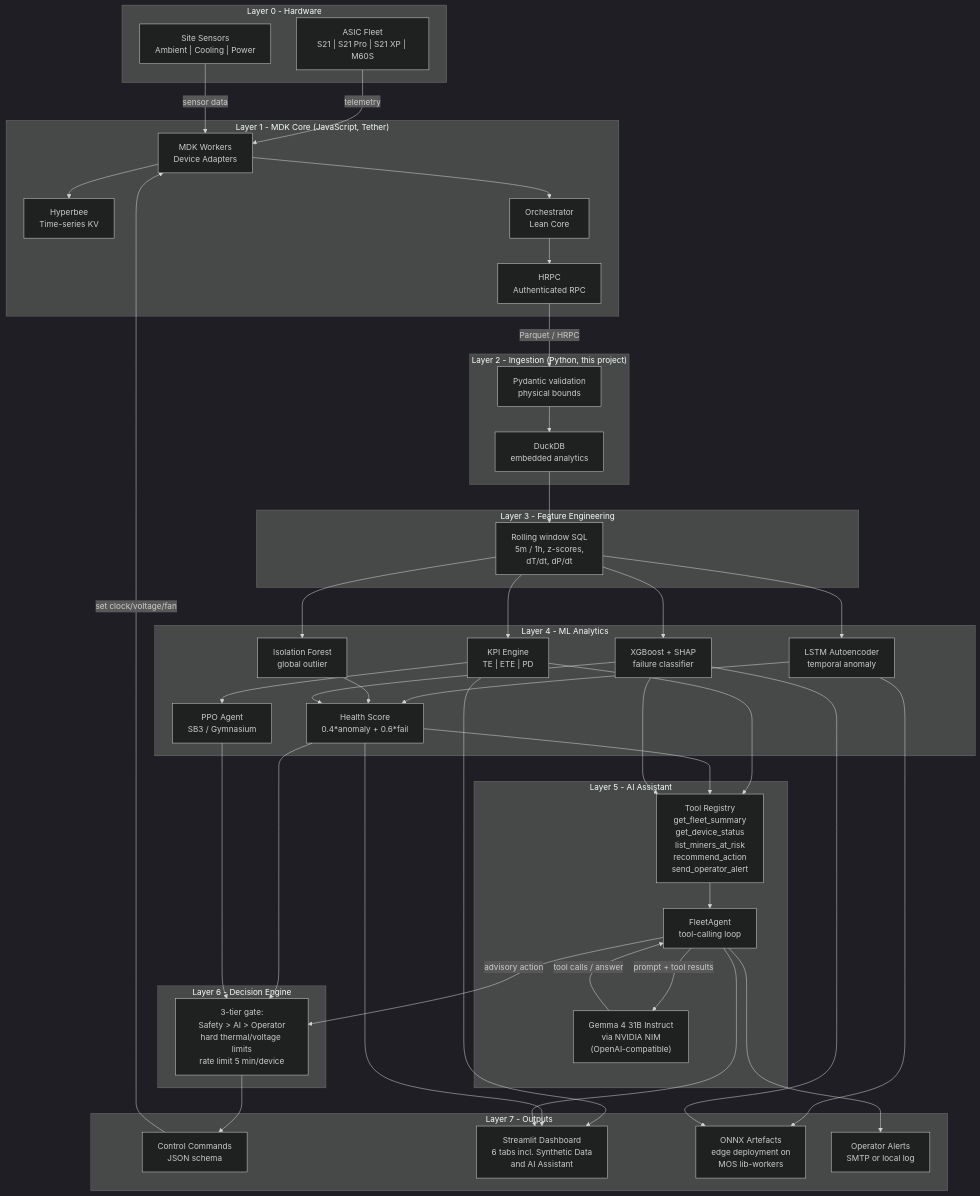
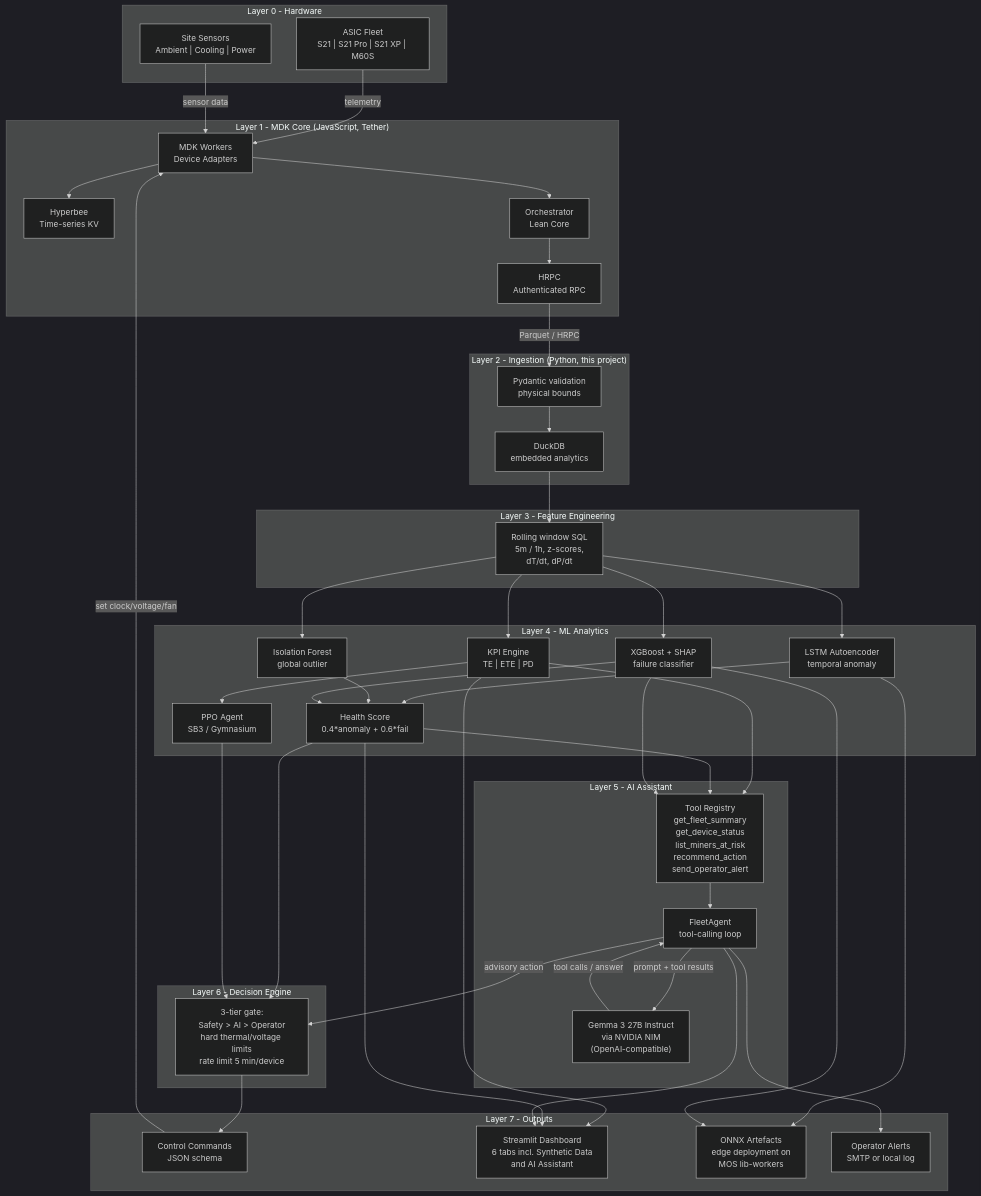
The diagram in docs/architecture.mmd (wkatir/planb-tether-mdk-mining-ai), drawn with Mermaid (dark theme) before and after one commit. The commit also changed 4 other files, not shown here.

Commit message:
Update documentation: add deployment guide and troubleshooting section; refine architecture details

```diff
--- a/docs/architecture.mmd
+++ b/docs/architecture.mmd
@@ -1,81 +1,81 @@
 graph TD
     subgraph HW["Layer 0 - Hardware"]
         ASIC["ASIC Fleet\nS21 | S21 Pro | S21 XP | M60S"]
         SENS["Site Sensors\nAmbient | Cooling | Power"]
     end
 
     subgraph MDK["Layer 1 - MDK Core (JavaScript, Tether)"]
         WORK["MDK Workers\nDevice Adapters"]
         HB["Hyperbee\nTime-series KV"]
         HRPC["HRPC\nAuthenticated RPC"]
         ORCH["Orchestrator\nLean Core"]
     end
 
     subgraph INGEST["Layer 2 - Ingestion (Python, this project)"]
         ING["Pydantic validation\nphysical bounds"]
         DB["DuckDB\nembedded analytics"]
     end
 
     subgraph FE["Layer 3 - Feature Engineering"]
         WIN["Rolling window SQL\n5m / 1h, z-scores,\ndT/dt, dP/dt"]
     end
 
     subgraph ML["Layer 4 - ML Analytics"]
         KPI["KPI Engine\nTE | ETE | PD"]
         AD["LSTM Autoencoder\ntemporal anomaly"]
         IFM["Isolation Forest\nglobal outlier"]
         FC["XGBoost + SHAP\nfailure classifier"]
         HS["Health Score\n0.4*anomaly + 0.6*fail"]
         RL["PPO Agent\nSB3 / Gymnasium"]
     end
 
     subgraph LLM["Layer 5 - AI Assistant"]
-        GEM["Gemma 4 31B Instruct\nvia NVIDIA NIM\n(OpenAI-compatible)"]
+        GEM["Gemma 3 27B Instruct\nvia NVIDIA NIM\n(OpenAI-compatible)"]
         TOOLS["Tool Registry\nget_fleet_summary\nget_device_status\nlist_miners_at_risk\nrecommend_action\nsend_operator_alert"]
         AGENT["FleetAgent\ntool-calling loop"]
     end
 
     subgraph SAFE["Layer 6 - Decision Engine"]
         DE["3-tier gate:\nSafety > AI > Operator\nhard thermal/voltage limits\nrate limit 5 min/device"]
     end
 
     subgraph OUT["Layer 7 - Outputs"]
         CMD["Control Commands\nJSON schema"]
         DASH["Streamlit Dashboard\n6 tabs incl. Synthetic Data\nand AI Assistant"]
         ONNX["ONNX Artefacts\nedge deployment on\nMOS lib-workers"]
         MAIL["Operator Alerts\nSMTP or local log"]
     end
 
     ASIC -->|"telemetry"| WORK
     SENS -->|"sensor data"| WORK
     WORK --> HB
     WORK --> ORCH
     ORCH --> HRPC
     HRPC -->|"Parquet / HRPC"| ING
     ING --> DB
     DB --> WIN
     WIN --> KPI
     WIN --> AD
     WIN --> IFM
     WIN --> FC
     AD --> HS
     IFM --> HS
     FC --> HS
     KPI --> RL
     HS --> DE
     RL --> DE
     KPI --> TOOLS
     HS --> TOOLS
     FC --> TOOLS
     TOOLS --> AGENT
     AGENT -->|"prompt + tool results"| GEM
     GEM -->|"tool calls / answer"| AGENT
     AGENT -->|"advisory action"| DE
     AGENT --> MAIL
     DE --> CMD
     CMD -->|"set clock/voltage/fan"| WORK
     KPI --> DASH
     HS --> DASH
     AGENT --> DASH
     AD --> ONNX
     FC --> ONNX
```
